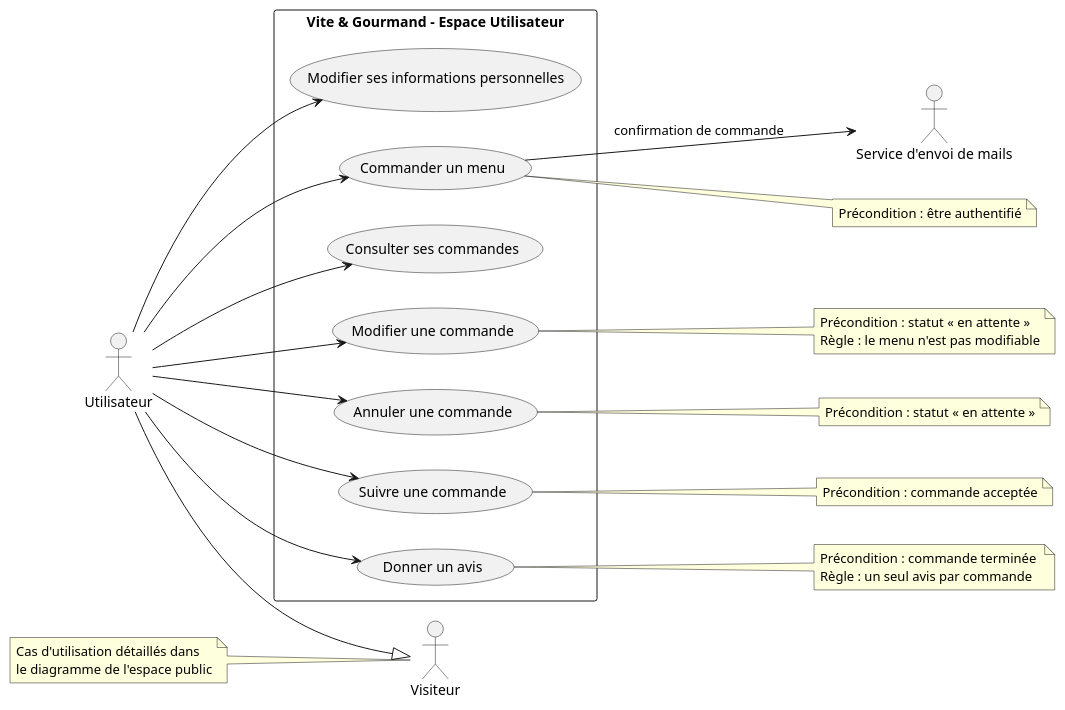
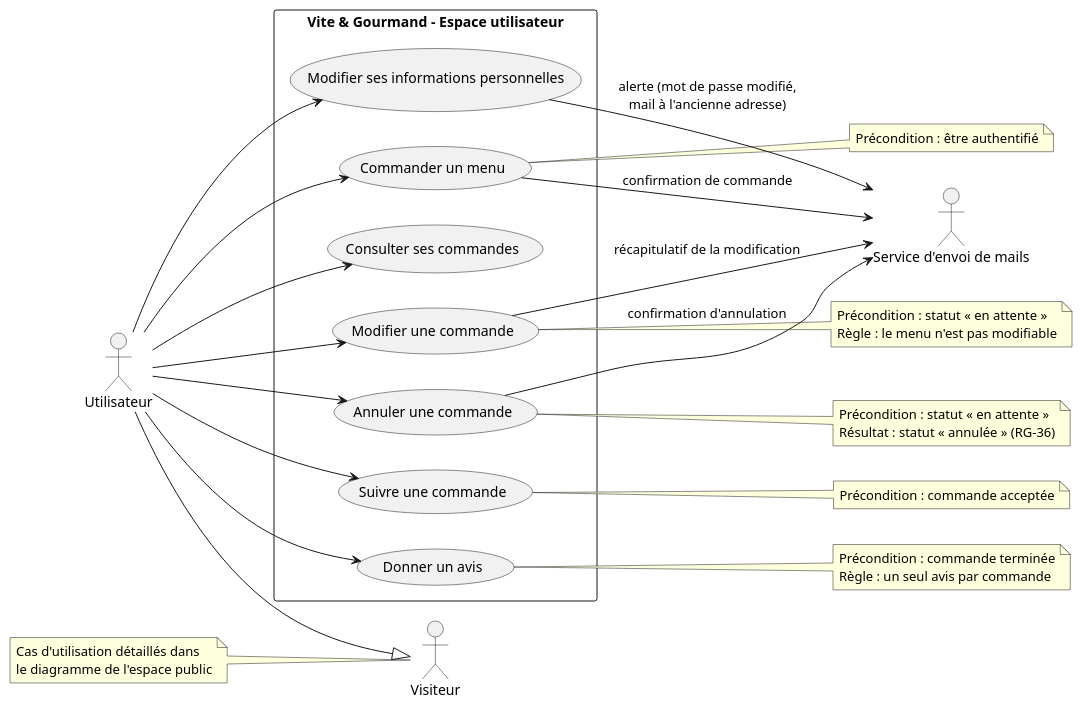
Before and after one commit to NicolasMiguelRG/vite_gourmand: the diagram in docs/diagrammes/cas-utilisation-utilisateur.puml, drawn with PlantUML. The commit also changed other lines of this file, not shown here.

Commit message:
docs: ajout les mails de modification , d'annulation et d'alerte au diagramme utilisateur

```diff
--- a/docs/diagrammes/cas-utilisation-utilisateur.puml
+++ b/docs/diagrammes/cas-utilisation-utilisateur.puml
@@ -1,39 +1,41 @@
-@startuml cas-utilisation-utilisateur 
+@startuml cas-utilisation-utilisateur
 left to right direction
 
 actor Utilisateur
 actor Visiteur
-actor "Service d'envoi de mails" as Mail 
+actor "Service d'envoi de mails" as Mail
 note "Cas d'utilisation détaillés dans\nle diagramme de l'espace public" as N1
 
-rectangle "Vite & Gourmand - Espace Utilisateur" {
+rectangle "Vite & Gourmand - Espace utilisateur" {
     usecase "Commander un menu" as UC1
     usecase "Consulter ses commandes" as UC2
     usecase "Modifier une commande" as UC3
     usecase "Annuler une commande" as UC4
     usecase "Suivre une commande" as UC5
     usecase "Donner un avis" as UC6
     usecase "Modifier ses informations personnelles" as UC7
 }
 
 note right of UC1 : Précondition : être authentifié
-note right of UC3 : Précondition : statut « en attente » \nRègle : le menu n'est pas modifiable
-note right of UC4 : Précondition : statut « en attente »
+note right of UC3 : Précondition : statut « en attente »\nRègle : le menu n'est pas modifiable
+note right of UC4 : Précondition : statut « en attente »\nRésultat : statut « annulée » (RG-36)
 note right of UC5 : Précondition : commande acceptée
-note right of UC6 : Précondition : commande terminée \nRègle : un seul avis par commande
-
+note right of UC6 : Précondition : commande terminée\nRègle : un seul avis par commande
 
 N1 .. Visiteur
 Utilisateur --> UC1
 Utilisateur --> UC2
 Utilisateur --> UC3
 Utilisateur --> UC4
 Utilisateur --> UC5
 Utilisateur --> UC6
 Utilisateur --> UC7
+
 UC1 --> Mail : confirmation de commande
-
+UC3 --> Mail : récapitulatif de la modification
+UC4 --> Mail : confirmation d'annulation
+UC7 --> Mail : alerte (mot de passe modifié,\nmail à l'ancienne adresse)
 
 Utilisateur --|> Visiteur
 
 @enduml
```
